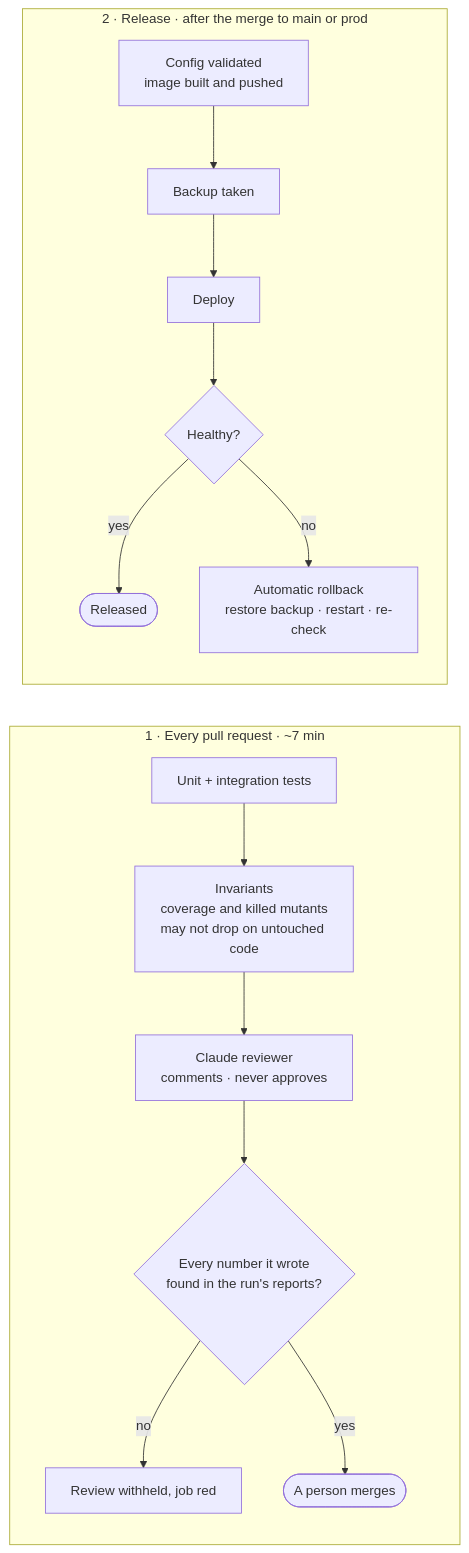
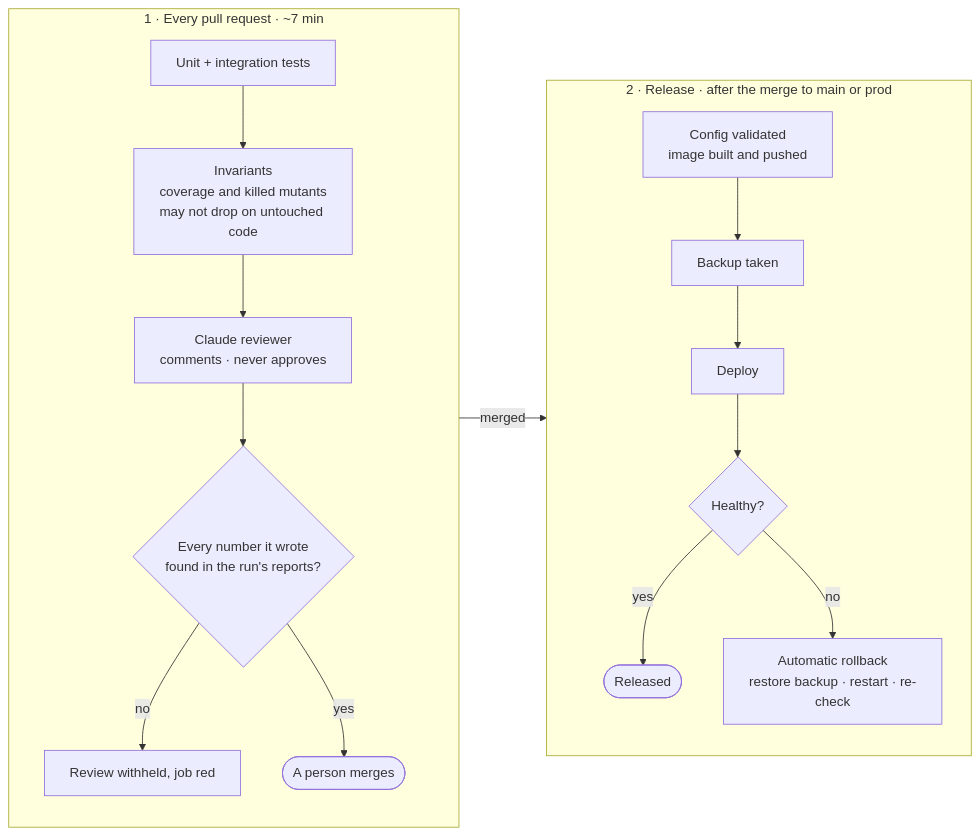
Before and after one commit to Check-It-Out-Dev/checkitout-backend: the diagram in docs/guide/cicd.md, drawn with Mermaid.

Commit message:
The two pipelines stand side by side, linked box to box

````diff
--- a/docs/guide/cicd.md
+++ b/docs/guide/cicd.md
@@ -8,20 +8,22 @@
 ```mermaid
 flowchart LR
     subgraph PR["1 · Every pull request · ~7 min"]
         direction TB
         U["Unit + integration tests"] --> INV["Invariants<br/>coverage and killed mutants<br/>may not drop on untouched code"]
         INV --> REV["Claude reviewer<br/>comments · never approves"]
         REV --> I5{"Every number it wrote<br/>found in the run's reports?"}
         I5 -->|"no"| HOLD["Review withheld, job red"]
         I5 -->|"yes"| HUMAN(["A person merges"])
     end
 
     subgraph REL["2 · Release · after the merge to main or prod"]
         direction TB
         CFG["Config validated<br/>image built and pushed"] --> BAK["Backup taken"]
         BAK --> DEP["Deploy"]
         DEP --> HC{"Healthy?"}
         HC -->|"yes"| DONE(["Released"])
         HC -->|"no"| RB["Automatic rollback<br/>restore backup · restart · re-check"]
     end
+
+    PR -->|"merged"| REL
 ```
````
